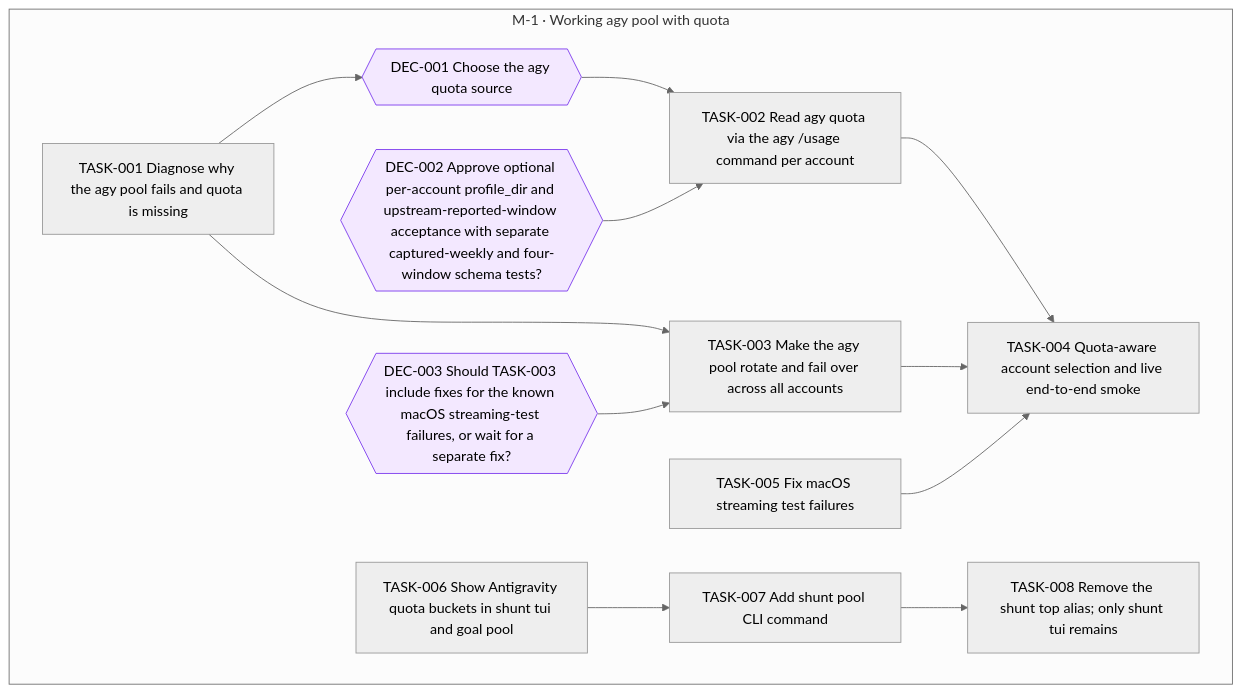
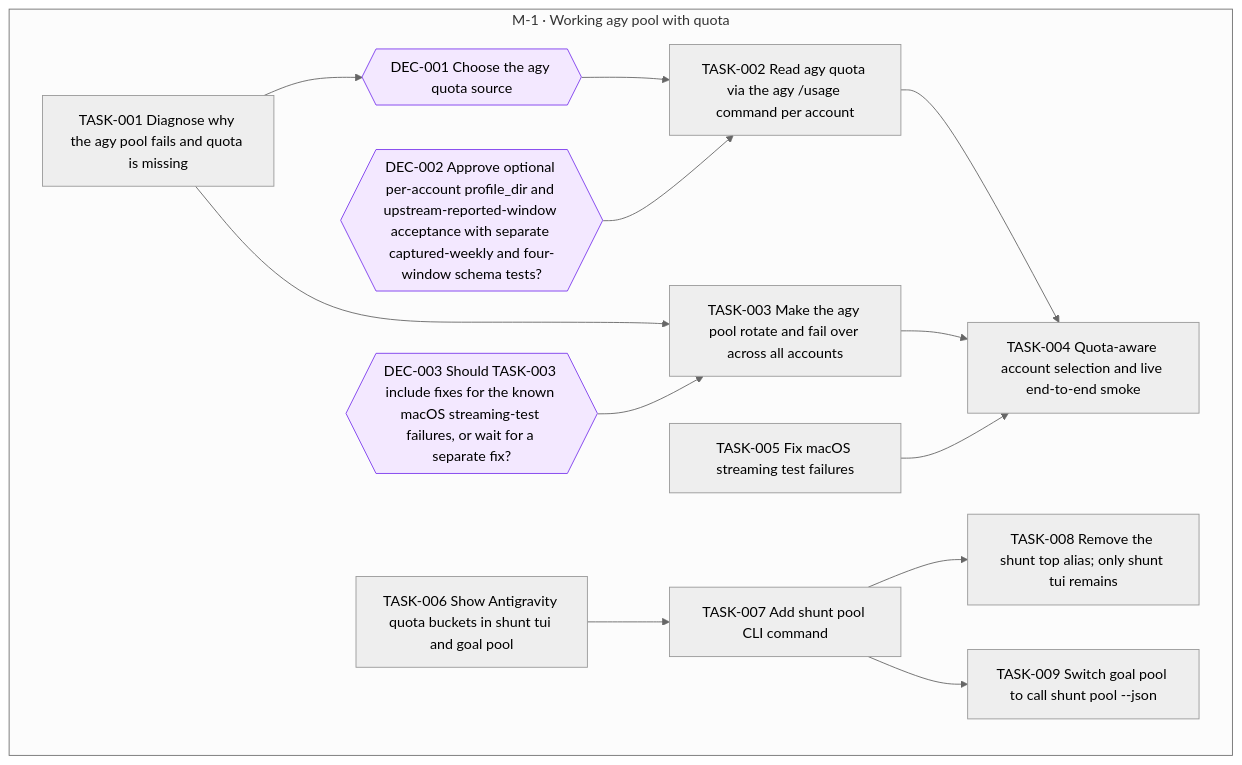
One commit to jesusvillota/shunt changed the diagram in goals/agy-pool/README.md. Above: the diagram before and after it, drawn with Mermaid (neutral theme). The commit also changed 1 other file, not shown here.

Commit message:
goal(agy-pool): add TASK-009 Switch goal pool to call shunt pool --json

````diff
--- a/goals/agy-pool/README.md
+++ b/goals/agy-pool/README.md
@@ -19,32 +19,34 @@
 ```mermaid
 flowchart TD
   subgraph M_1["M-1 · Working agy pool with quota"]
     DEC_001{{"DEC-001 Choose the agy quota source"}}
     DEC_002{{"DEC-002 Approve optional per-account profile_dir and upstream-reported-window acceptance with separate captured-weekly and four-window schema tests?"}}
     DEC_003{{"DEC-003 Should TASK-003 include fixes for the known macOS streaming-test failures, or wait for a separate fix?"}}
     TASK_001["TASK-001 Diagnose why the agy pool fails and quota is missing"]
     TASK_002["TASK-002 Read agy quota via the agy /usage command per account"]
     TASK_003["TASK-003 Make the agy pool rotate and fail over across all accounts"]
     TASK_004["TASK-004 Quota-aware account selection and live end-to-end smoke"]
     TASK_005["TASK-005 Fix macOS streaming test failures"]
     TASK_006["TASK-006 Show Antigravity quota buckets in shunt tui and goal pool"]
     TASK_007["TASK-007 Add shunt pool CLI command"]
     TASK_008["TASK-008 Remove the shunt top alias; only shunt tui remains"]
+    TASK_009["TASK-009 Switch goal pool to call shunt pool --json"]
   end
   TASK_001 --> DEC_001
   DEC_001 --> TASK_002
   DEC_002 --> TASK_002
   TASK_001 --> TASK_003
   DEC_003 --> TASK_003
   TASK_002 --> TASK_004
   TASK_003 --> TASK_004
   TASK_005 --> TASK_004
   TASK_006 --> TASK_007
   TASK_007 --> TASK_008
+  TASK_007 --> TASK_009
   classDef draft stroke-dasharray: 4 3
   classDef cancelled opacity:0.45
   classDef decision fill:#f3e8ff,stroke:#7c3aed
   class DEC_001 decision
   class DEC_002 decision
   class DEC_003 decision
 ```
````
